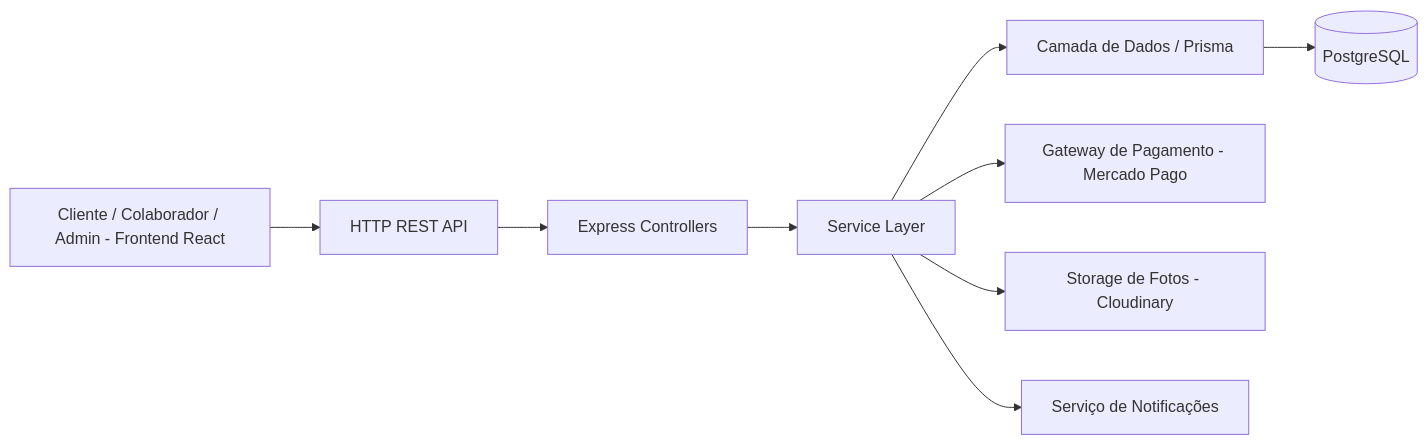
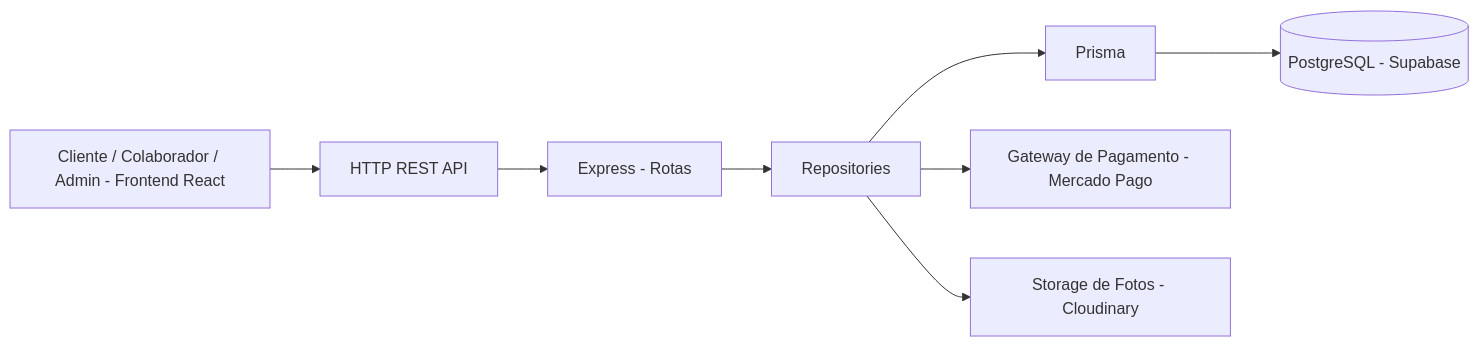
One commit to Jaqueline-BCO-97/Gestao-de-Obras changed the first of 3 diagrams in README.md. Above: the diagram before and after it, drawn with Mermaid. The commit also changed other lines of this file, not shown here.

````diff
--- a/README.md
+++ b/README.md
@@ -122,11 +107,10 @@
 ```mermaid
 flowchart LR
     A[Cliente / Colaborador / Admin - Frontend React] --> B[HTTP REST API]
-    B --> C[Express Controllers]
-    C --> D[Service Layer]
-    D --> E[Camada de Dados / Prisma]
-    E --> F[(PostgreSQL)]
+    B --> C[Express - Rotas]
+    C --> D[Repositories]
+    D --> E[Prisma]
+    E --> F[(PostgreSQL - Supabase)]
     D --> G[Gateway de Pagamento - Mercado Pago]
     D --> H[Storage de Fotos - Cloudinary]
-    D --> I[Serviço de Notificações]
 ```
````
